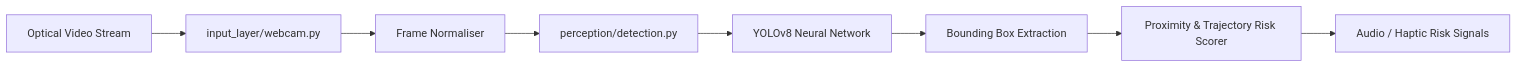
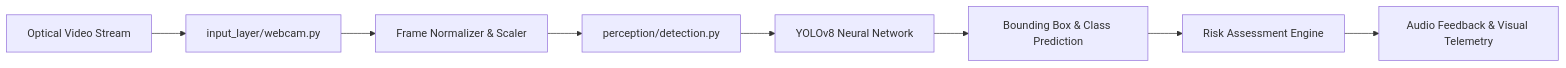
Before and after one commit to StratagemVX/Major-Project: the diagram in README.md, drawn with Mermaid. The commit also changed other lines of this file, not shown here.

````diff
--- a/README.md
+++ b/README.md
@@ -32,10 +46,10 @@
 ```mermaid
 flowchart LR
     Cam[Optical Video Stream] --> Ingest[input_layer/webcam.py]
-    Ingest --> FrameBuffer[Frame Normaliser]
+    Ingest --> FrameBuffer[Frame Normalizer & Scaler]
     FrameBuffer --> Detect[perception/detection.py]
     Detect --> YOLO[YOLOv8 Neural Network]
-    YOLO --> Bounding[Bounding Box Extraction]
-    Bounding --> Risk[Proximity & Trajectory Risk Scorer]
-    Risk --> Alert[Audio / Haptic Risk Signals]
+    YOLO --> Bounding[Bounding Box & Class Prediction]
+    Bounding --> Risk[Risk Assessment Engine]
+    Risk --> Output[Audio Feedback & Visual Telemetry]
 ```
````
